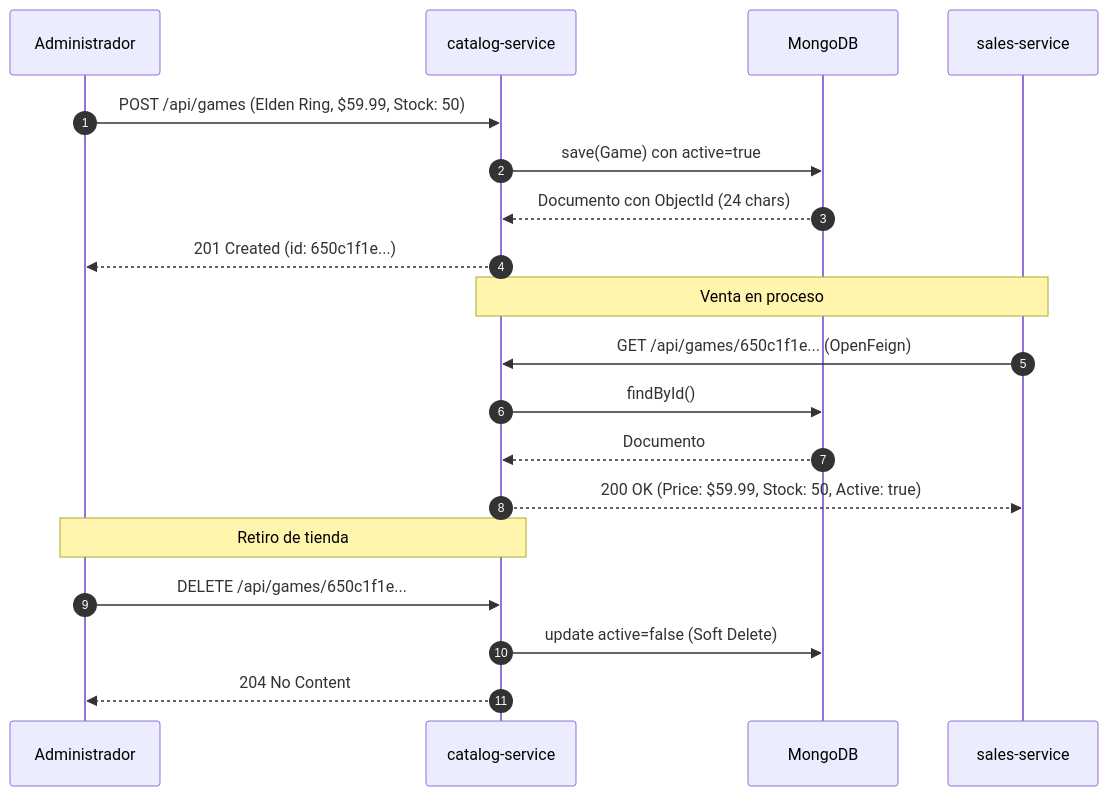
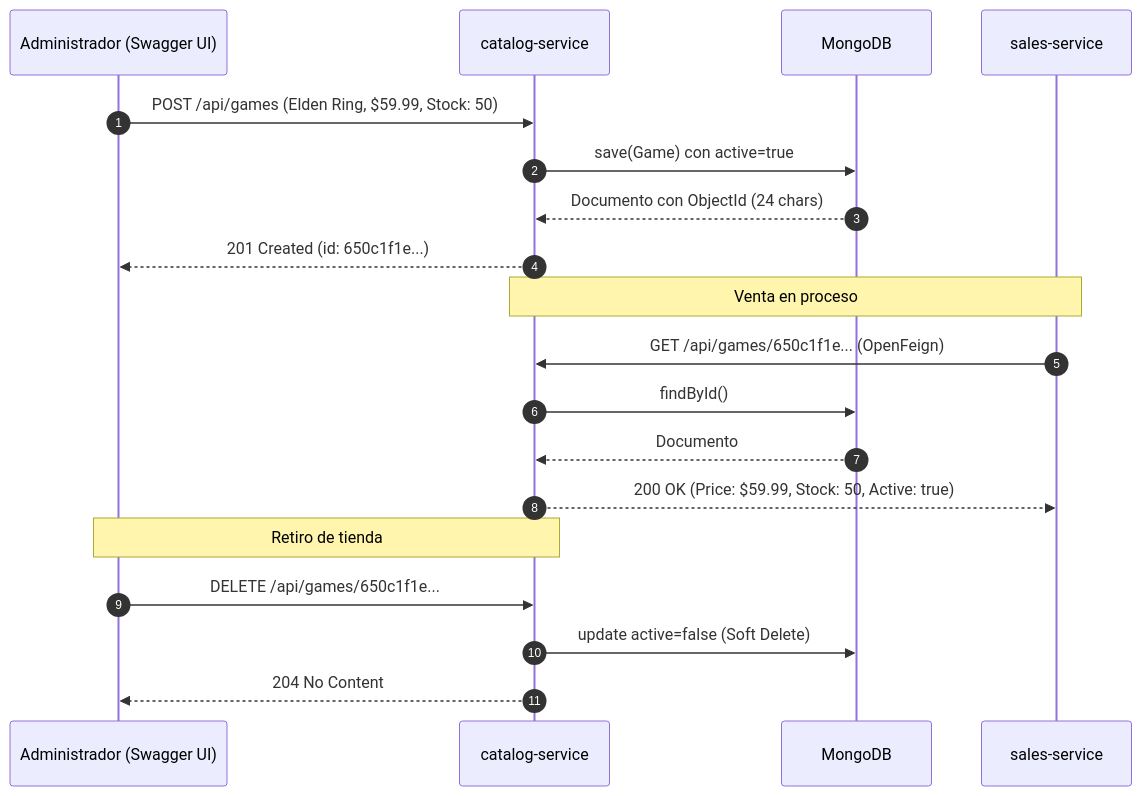
Before and after one commit to Alger125/catalog-service: the third of 4 diagrams in README.md, drawn with Mermaid. The commit also changed other lines of this file and 5 other files, not shown here.

````diff
--- a/README.md
+++ b/README.md
@@ -137,24 +140,24 @@
 ```mermaid
 sequenceDiagram
     autonumber
-    participant A as Administrador
+    participant A as Administrador (Swagger UI)
     participant C as catalog-service
     participant M as MongoDB
     participant S as sales-service
 
     A->>C: POST /api/games (Elden Ring, $59.99, Stock: 50)
     C->>M: save(Game) con active=true
     M-->>C: Documento con ObjectId (24 chars)
     C-->>A: 201 Created (id: 650c1f1e...)
 
     Note over S,C: Venta en proceso
     S->>C: GET /api/games/650c1f1e... (OpenFeign)
     C->>M: findById()
     M-->>C: Documento
     C-->>S: 200 OK (Price: $59.99, Stock: 50, Active: true)
 
     Note over A,C: Retiro de tienda
     A->>C: DELETE /api/games/650c1f1e...
     C->>M: update active=false (Soft Delete)
     C-->>A: 204 No Content
 ```
````
